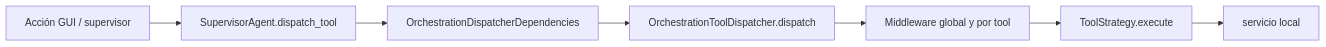
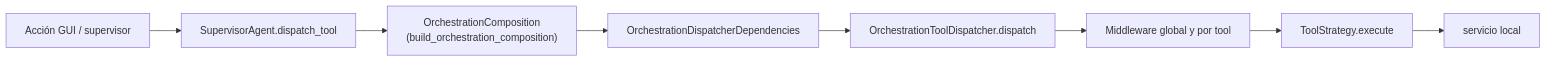
One commit to FacundoSu1986/Sky-Claw changed the second of 2 diagrams in docs/architecture/agent_tool_routing.md. Above: the diagram before and after it, drawn with Mermaid. The commit also changed other lines of this file and 4 other files, not shown here.

Commit message:
refactor(orchestrator): extract tool composition from supervisor

````diff
--- a/docs/architecture/agent_tool_routing.md
+++ b/docs/architecture/agent_tool_routing.md
@@ -37,9 +38,10 @@
 ```mermaid
 flowchart LR
     UI["Acción GUI / supervisor"] --> Supervisor["SupervisorAgent.dispatch_tool"]
-    Supervisor --> Deps["OrchestrationDispatcherDependencies"]
+    Supervisor --> Comp["OrchestrationComposition<br>(build_orchestration_composition)"]
+    Comp --> Deps["OrchestrationDispatcherDependencies"]
     Deps --> Dispatcher["OrchestrationToolDispatcher.dispatch"]
     Dispatcher --> MW["Middleware global y por tool"]
     MW --> Strategy["ToolStrategy.execute"]
     Strategy --> Service["servicio local"]
 ```
````
